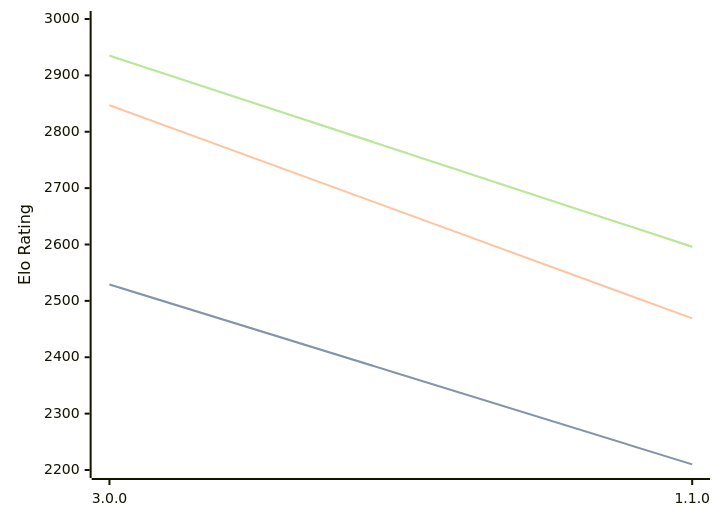
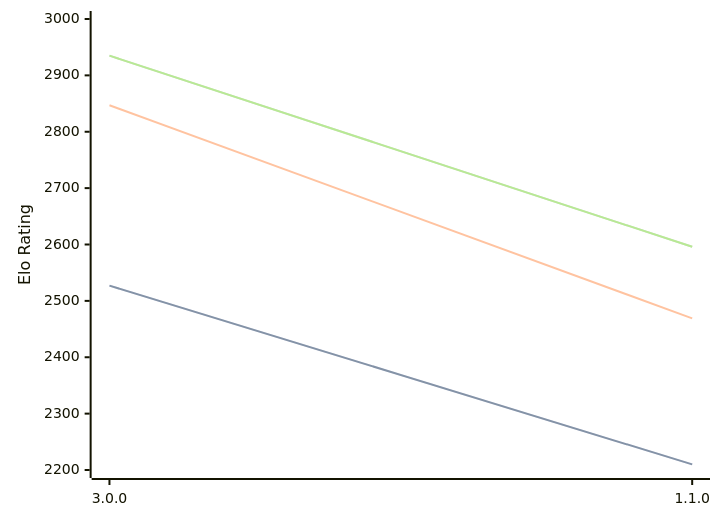
One commit to computer-chess-index/cci changed the diagram in engines/Potential.md. Above: the diagram before and after it, drawn with Mermaid. The commit also changed other lines of this file, not shown here.

````diff
--- a/engines/Potential.md
+++ b/engines/Potential.md
@@ -34,11 +34,11 @@
 ```mermaid
 %%{init: {"theme":"base","themeVariables":{"seriesColors:['#a3a3a3','#222221','#faa371']}}}%%
 xychart-beta
   x-axis ["3.0.0", "1.1.0"]
   y-axis "Elo Rating" 2200 --> 3000
-  line "STC (8.0+0.08s)" [2529, 2210]
-  line "STC (8.0+0.08s)" [2529, 2210]
+  line "STC (8.0+0.08s)" [2527, 2210]
+  line "STC (8.0+0.08s)" [2527, 2210]
   line "LTC (60.0+0.60s)" [2847, 2469]
   line "VLTC (2m24s+1.12s)" [2935, 2596]
   line "VLTC (2m24s+1.12s)" [2935, 2596]
 ```
````
